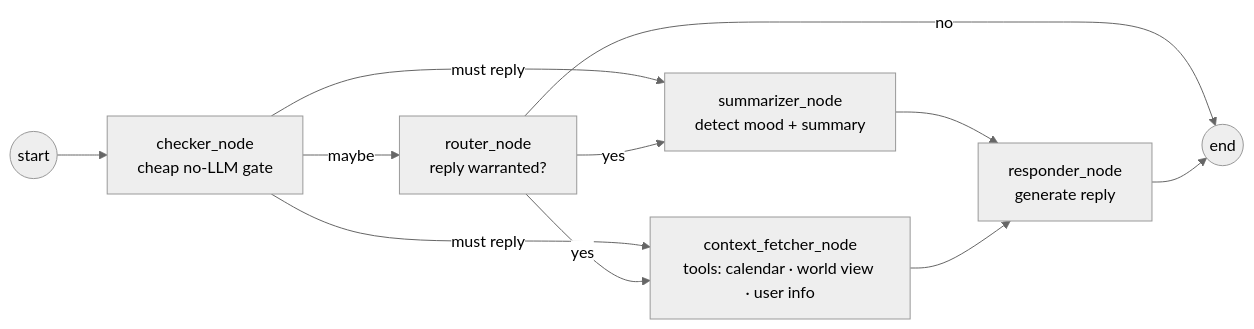
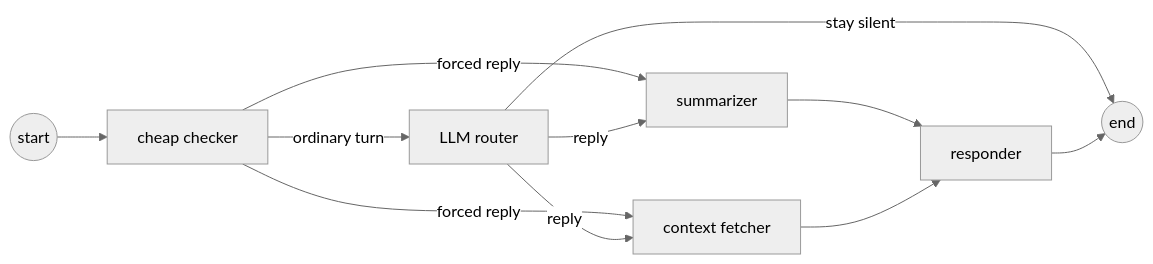
The second of 2 diagrams in README.md (GeneralR3d/Rachel), drawn with Mermaid (neutral theme) before and after one commit. The commit also changed other lines of this file, not shown here.

````diff
--- a/README.md
+++ b/README.md
@@ -108,13 +106,13 @@
 ```mermaid
 flowchart LR
-    START((start)) --> CHK[checker_node<br/>cheap no-LLM gate]
-    CHK -->|must reply| SUM[summarizer_node<br/>detect mood + summary]
-    CHK -->|must reply| CTX[context_fetcher_node<br/>tools: calendar · world view · user info]
-    CHK -->|maybe| RT[router_node<br/>reply warranted?]
-    RT -->|no| E((end))
-    RT -->|yes| SUM
-    RT -->|yes| CTX
-    SUM --> RESP[responder_node<br/>generate reply]
+    S((start)) --> C[cheap checker]
+    C -->|forced reply| SUM[summarizer]
+    C -->|forced reply| CTX[context fetcher]
+    C -->|ordinary turn| R[LLM router]
+    R -->|stay silent| E((end))
+    R -->|reply| SUM
+    R -->|reply| CTX
+    SUM --> RESP[responder]
     CTX --> RESP
     RESP --> E
 ```
````
